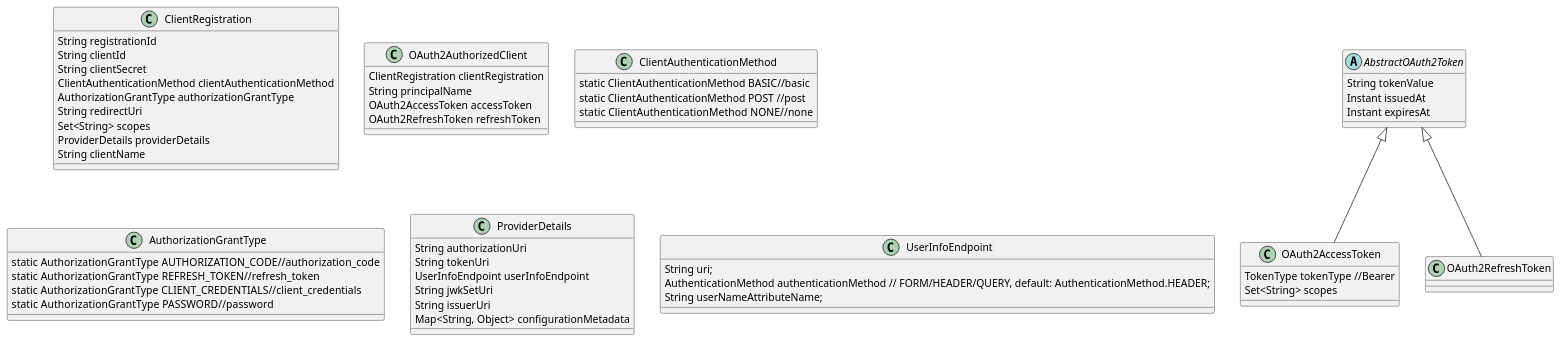
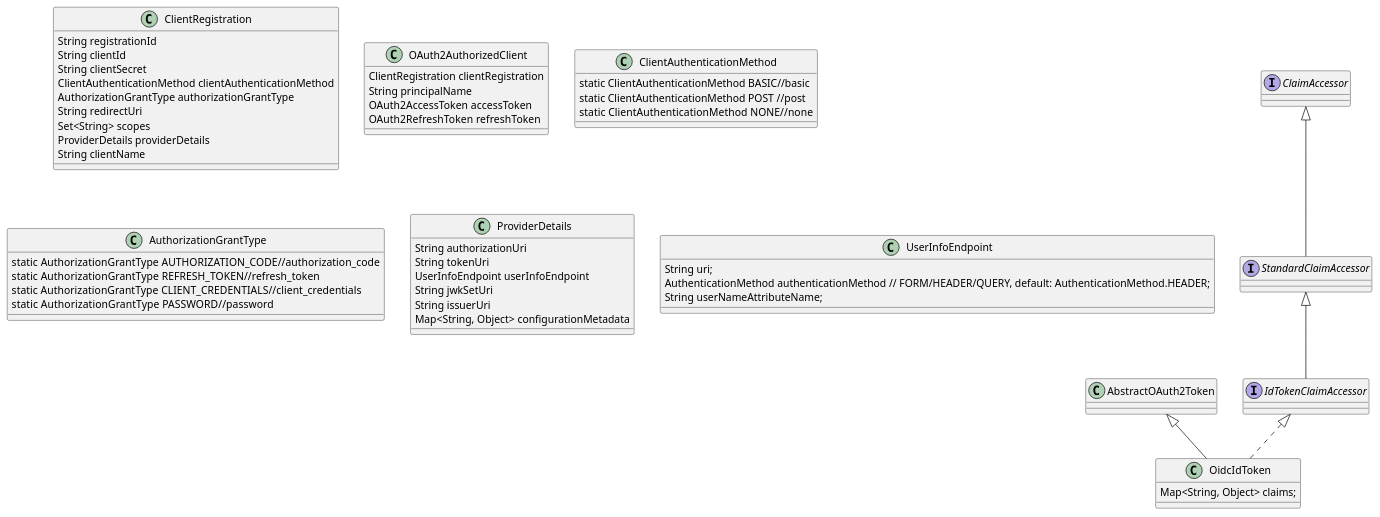
One commit to yyitsz/piggymetrics changed the diagram in doc/OAuth.puml. Above: the diagram before and after it, drawn with PlantUML. The commit also changed 1 other file, not shown here.

```diff
--- a/doc/OAuth.puml
+++ b/doc/OAuth.puml
@@ -1,64 +1,60 @@
 @startuml
 'https://plantuml.com/class-diagram
 
-abstract class AbstractOAuth2Token {
-    String tokenValue
-    Instant issuedAt
-    Instant expiresAt
+
+interface StandardClaimAccessor extends ClaimAccessor
+
+interface IdTokenClaimAccessor extends StandardClaimAccessor
+
+class OidcIdToken extends AbstractOAuth2Token implements IdTokenClaimAccessor {
+	Map<String, Object> claims;
 }
-class OAuth2AccessToken {
-    TokenType tokenType //Bearer
-    Set<String> scopes
-}
-class OAuth2RefreshToken
-AbstractOAuth2Token <|-- OAuth2AccessToken
-AbstractOAuth2Token <|-- OAuth2RefreshToken
 
 class ClientRegistration {
     String registrationId
     String clientId
     String clientSecret
     ClientAuthenticationMethod clientAuthenticationMethod
     AuthorizationGrantType authorizationGrantType
     String redirectUri
     Set<String> scopes
     ProviderDetails providerDetails
     String clientName
 }
 
 class OAuth2AuthorizedClient{
     ClientRegistration clientRegistration
     String principalName
     OAuth2AccessToken accessToken
     OAuth2RefreshToken refreshToken
 }
 
 class ClientAuthenticationMethod {
 	static ClientAuthenticationMethod BASIC//basic
 	static ClientAuthenticationMethod POST //post
 	static  ClientAuthenticationMethod NONE//none
 }
 
 class AuthorizationGrantType {
 	 static  AuthorizationGrantType AUTHORIZATION_CODE//authorization_code
 	 static  AuthorizationGrantType REFRESH_TOKEN//refresh_token
 	 static  AuthorizationGrantType CLIENT_CREDENTIALS//client_credentials
 	 static  AuthorizationGrantType PASSWORD//password
 }
 
 class ProviderDetails {
  String authorizationUri
  String tokenUri
  UserInfoEndpoint userInfoEndpoint
  String jwkSetUri
  String issuerUri
  Map<String, Object> configurationMetadata 
 }	
 
 class UserInfoEndpoint {
 String uri;
 AuthenticationMethod authenticationMethod // FORM/HEADER/QUERY, default: AuthenticationMethod.HEADER;
 String userNameAttributeName;	
 }
 
 @enduml
```
